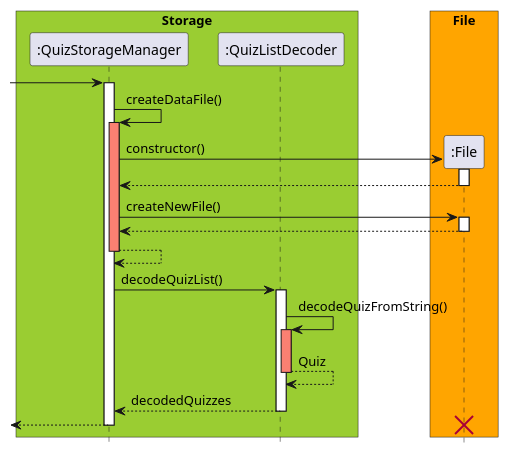
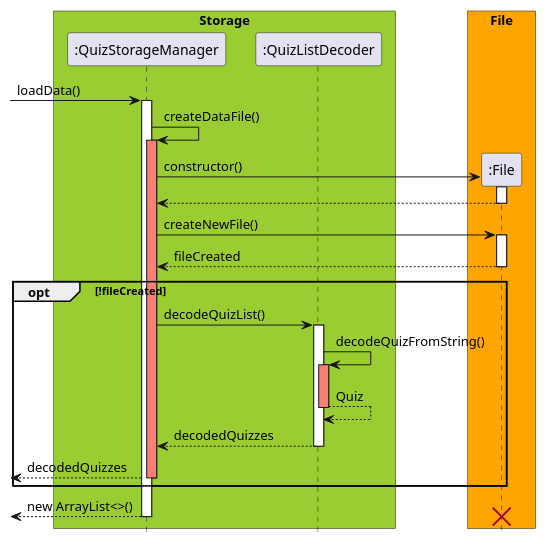
The diagram in docs/plantuml/QuizReadStorage.puml (untitle4/tp), drawn with PlantUML before and after one commit. The commit also changed 4 other files, not shown here.

Commit message:
Update quiz UML diagrams for DG

```diff
--- a/docs/plantuml/QuizReadStorage.puml
+++ b/docs/plantuml/QuizReadStorage.puml
@@ -1,43 +1,46 @@
 @startuml
 
 skinparam ParticipantPadding 10
 skinparam BoxPadding 5
 hide footbox
 
 box "Storage" #YellowGreen
 participant ":QuizStorageManager"
 participant ":QuizListDecoder"
 end box
 
 box "File" #orange
 participant ":File"
 end box
 
--> ":QuizStorageManager"
+-> ":QuizStorageManager" : loadData()
 activate ":QuizStorageManager"
 ":QuizStorageManager" -> ":QuizStorageManager" : createDataFile()
 activate ":QuizStorageManager" #salmon
 ":QuizStorageManager" -> ":File" ** : constructor()
 activate ":File"
 ":File" --> ":QuizStorageManager"
 deactivate ":File"
 ":QuizStorageManager" -> ":File" : createNewFile()
 activate ":File"
-":File" --> ":QuizStorageManager"
+":File" --> ":QuizStorageManager" : fileCreated
 deactivate ":File"
-":QuizStorageManager" --> ":QuizStorageManager"
-deactivate ":QuizStorageManager"
 
+opt !fileCreated
 ":QuizStorageManager" -> ":QuizListDecoder" : decodeQuizList()
 activate ":QuizListDecoder"
 ":QuizListDecoder" -> ":QuizListDecoder" : decodeQuizFromString()
 activate ":QuizListDecoder" #salmon
 ":QuizListDecoder" --> ":QuizListDecoder" : Quiz
 deactivate ":QuizListDecoder"
 ":QuizListDecoder" --> ":QuizStorageManager" : decodedQuizzes
 deactivate ":QuizListDecoder"
-<-- ":QuizStorageManager"
+<-- ":QuizStorageManager" : decodedQuizzes
+deactivate ":QuizStorageManager"
+end opt
+
+<-- ":QuizStorageManager" : new ArrayList<>()
 deactivate ":QuizStorageManager"
 destroy ":File"
 
 @enduml
```
